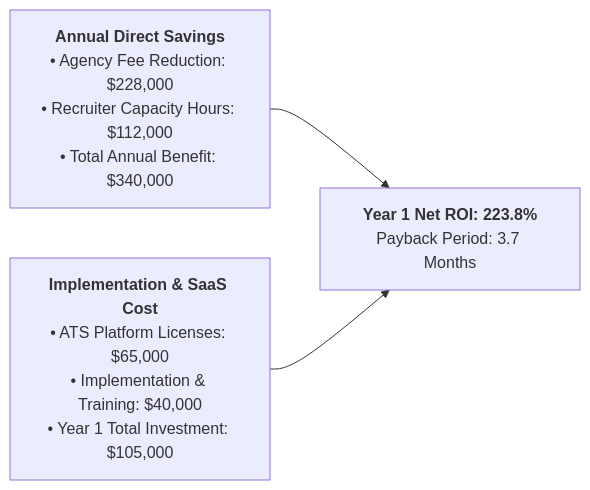
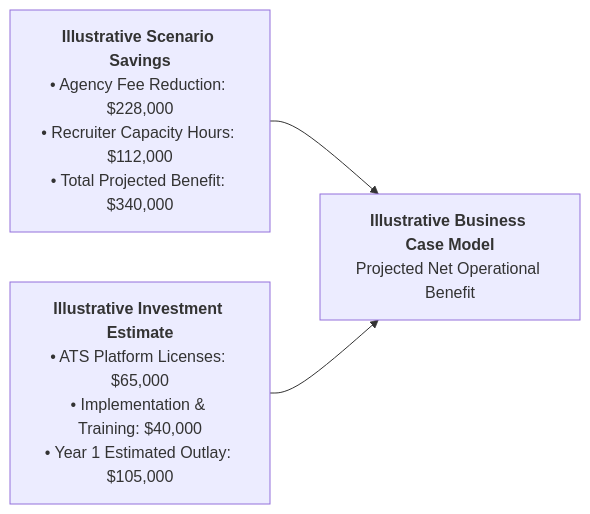
Before and after one commit to namrathach10/recruitment-ats-business-analysis: the fifth of 5 diagrams in docs/03-to-be-design.md, drawn with Mermaid. The commit also changed other lines of this file and 10 other files, not shown here.

````diff
--- a/docs/03-to-be-design.md
+++ b/docs/03-to-be-design.md
@@ -210,8 +211,8 @@
 ```mermaid
 flowchart LR
-    A["<b>Annual Direct Savings</b><br/>• Agency Fee Reduction: $228,000<br/>• Recruiter Capacity Hours: $112,000<br/>• Total Annual Benefit: $340,000"]
-    B["<b>Implementation & SaaS Cost</b><br/>• ATS Platform Licenses: $65,000<br/>• Implementation & Training: $40,000<br/>• Year 1 Total Investment: $105,000"]
+    A["<b>Illustrative Scenario Savings</b><br/>• Agency Fee Reduction: $228,000<br/>• Recruiter Capacity Hours: $112,000<br/>• Total Projected Benefit: $340,000"]
+    B["<b>Illustrative Investment Estimate</b><br/>• ATS Platform Licenses: $65,000<br/>• Implementation & Training: $40,000<br/>• Year 1 Estimated Outlay: $105,000"]
     
-    A --> C["<b>Year 1 Net ROI: 223.8%</b><br/>Payback Period: 3.7 Months"]
+    A --> C["<b>Illustrative Business Case Model</b><br/>Projected Net Operational Benefit"]
     B --> C
 ```
````
